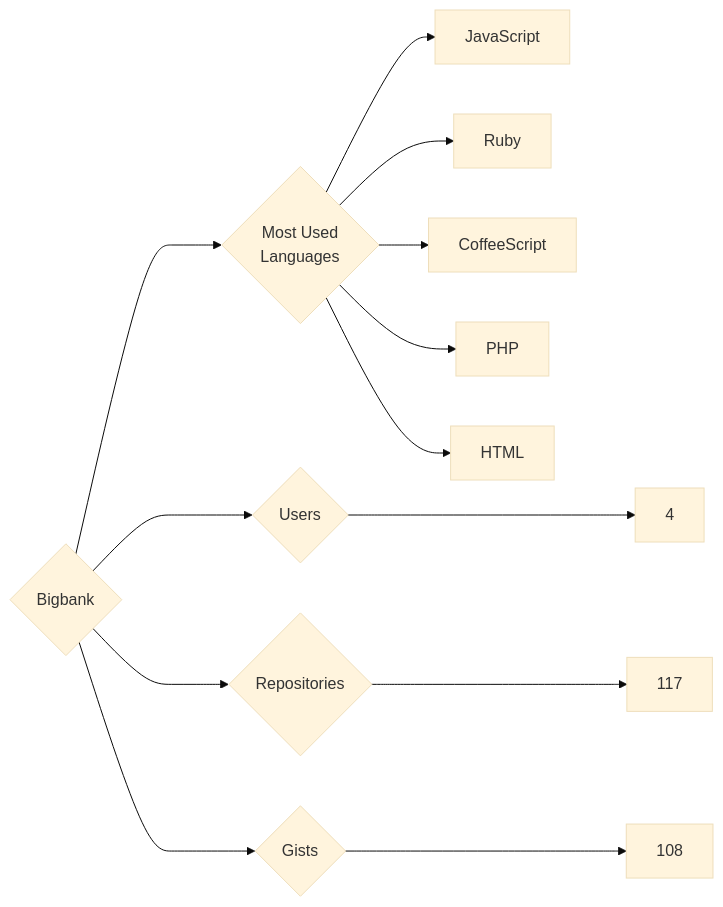
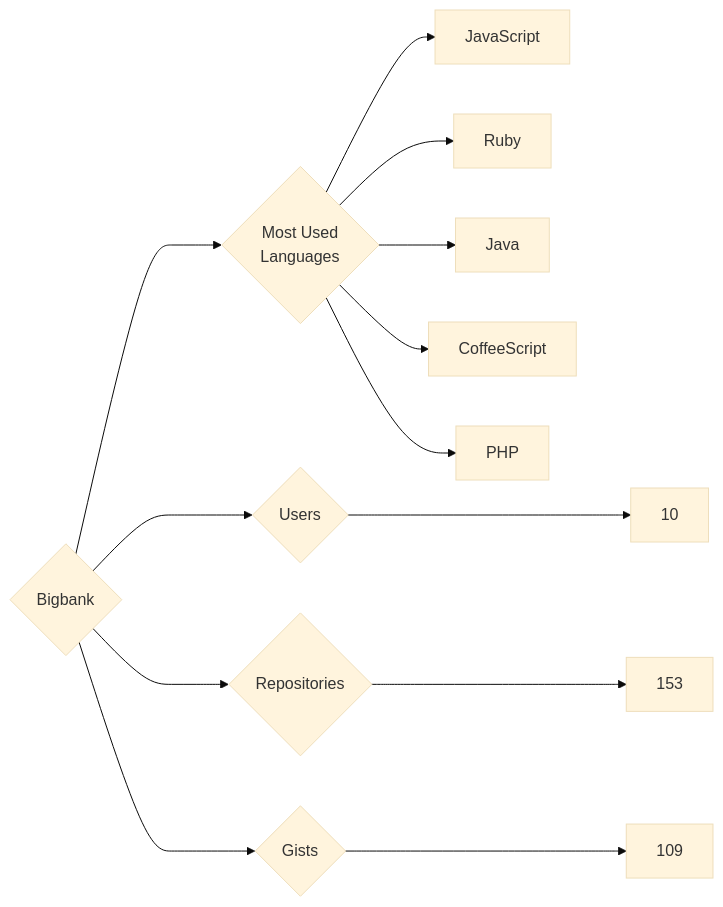
One commit to trickest/insiders changed the diagram in targets/Bigbank/README.md. Above: the diagram before and after it, drawn with Mermaid (base theme). The commit also changed 1084 other files, not shown here.

````diff
--- a/targets/Bigbank/README.md
+++ b/targets/Bigbank/README.md
@@ -3,13 +3,13 @@
 ```mermaid
 graph LR
 COMPANY_NAME{Bigbank}
-COMPANY_NAME ---> U{Users} ---> UN[4]
-COMPANY_NAME ---> R{Repositories} ---> RN[117]
-COMPANY_NAME ---> G{Gists} ---> GN[108]
+COMPANY_NAME ---> U{Users} ---> UN[10]
+COMPANY_NAME ---> R{Repositories} ---> RN[153]
+COMPANY_NAME ---> G{Gists} ---> GN[109]
 COMPANY_NAME ---> ML{Most Used<br>Languages}
 ML --> JavaScript[JavaScript]
 ML --> Ruby[Ruby]
+ML --> Java[Java]
 ML --> CoffeeScript[CoffeeScript]
 ML --> PHP[PHP]
-ML --> HTML[HTML]
 ```
````
